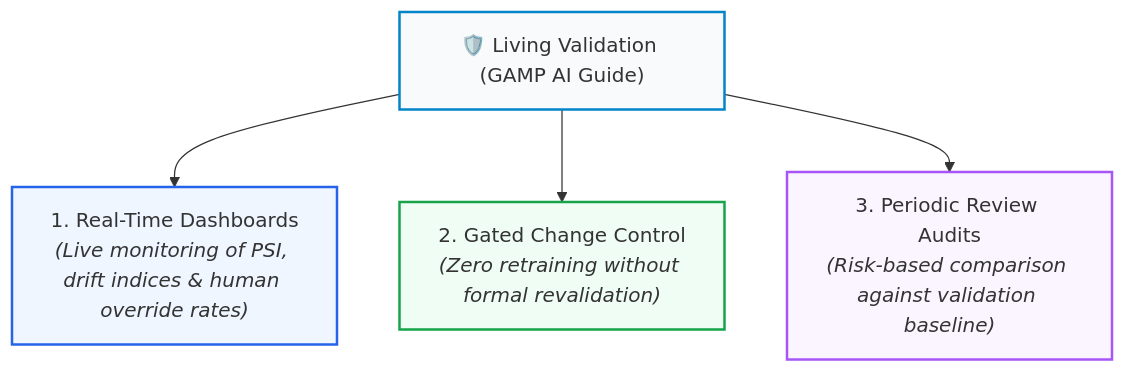
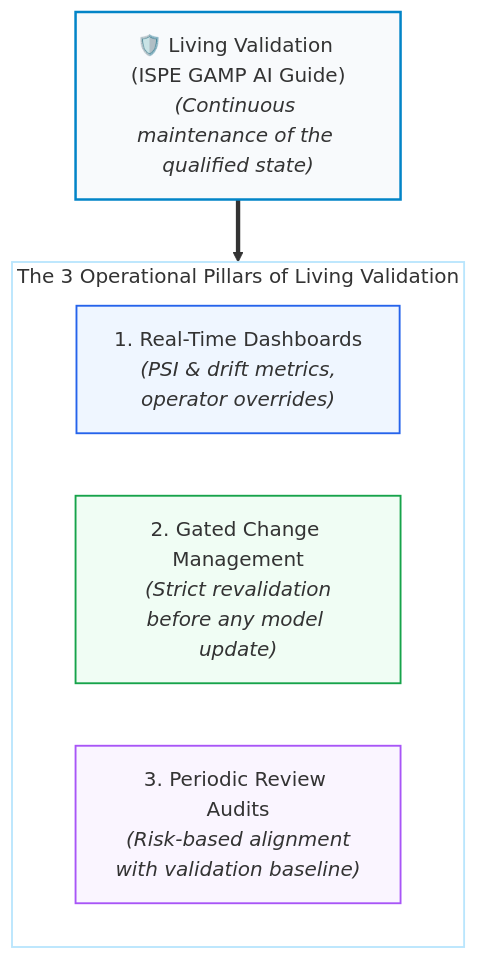
Before and after one commit to Lunaman06/Annex22: the third of 3 diagrams in docs/en/appendix_ispe_gamp_ai_best_practices.md, drawn with Mermaid. The commit also changed other lines of this file and 29 other files, not shown here.

Commit message:
style(docs): optimize mermaid diagram aspect ratios, edge flows and legibility across all DE and EN modules

````diff
--- a/docs/en/appendix_ispe_gamp_ai_best_practices.md
+++ b/docs/en/appendix_ispe_gamp_ai_best_practices.md
@@ -127,11 +145,19 @@
 ```mermaid
-graph TD
-    LV["🛡️ Living Validation (GAMP AI Guide)"] --> S1["1. Real-Time Dashboards<br/><i>(Live monitoring of PSI, drift indices & human override rates)</i>"]
-    LV --> S2["2. Gated Change Control<br/><i>(Zero retraining without formal revalidation)</i>"]
-    LV --> S3["3. Periodic Review Audits<br/><i>(Risk-based comparison against validation baseline)</i>"]
+flowchart TD
+    LV["🛡️ Living Validation (ISPE GAMP AI Guide)<br/><i>(Continuous maintenance of the qualified state)</i>"]
+
+    subgraph Pillars["The 3 Operational Pillars of Living Validation"]
+        direction LR
+        S1["1. Real-Time Dashboards<br/><i>(PSI & drift metrics,<br/>operator overrides)</i>"]
+        S2["2. Gated Change Management<br/><i>(Strict revalidation<br/>before any model update)</i>"]
+        S3["3. Periodic Review Audits<br/><i>(Risk-based alignment<br/>with validation baseline)</i>"]
+    end
+
+    LV ==> Pillars
 
     style LV fill:#f8fafc,stroke:#0284c7,stroke-width:2px
-    style S1 fill:#eff6ff,stroke:#2563eb,stroke-width:2px
-    style S2 fill:#f0fdf4,stroke:#16a34a,stroke-width:2px
-    style S3 fill:#faf5ff,stroke:#a855f7,stroke-width:2px
+    style Pillars fill:#ffffff,stroke:#bae6fd,stroke-width:1.5px
+    style S1 fill:#eff6ff,stroke:#2563eb,stroke-width:1.5px
+    style S2 fill:#f0fdf4,stroke:#16a34a,stroke-width:1.5px
+    style S3 fill:#faf5ff,stroke:#a855f7,stroke-width:1.5px
 ```
````
